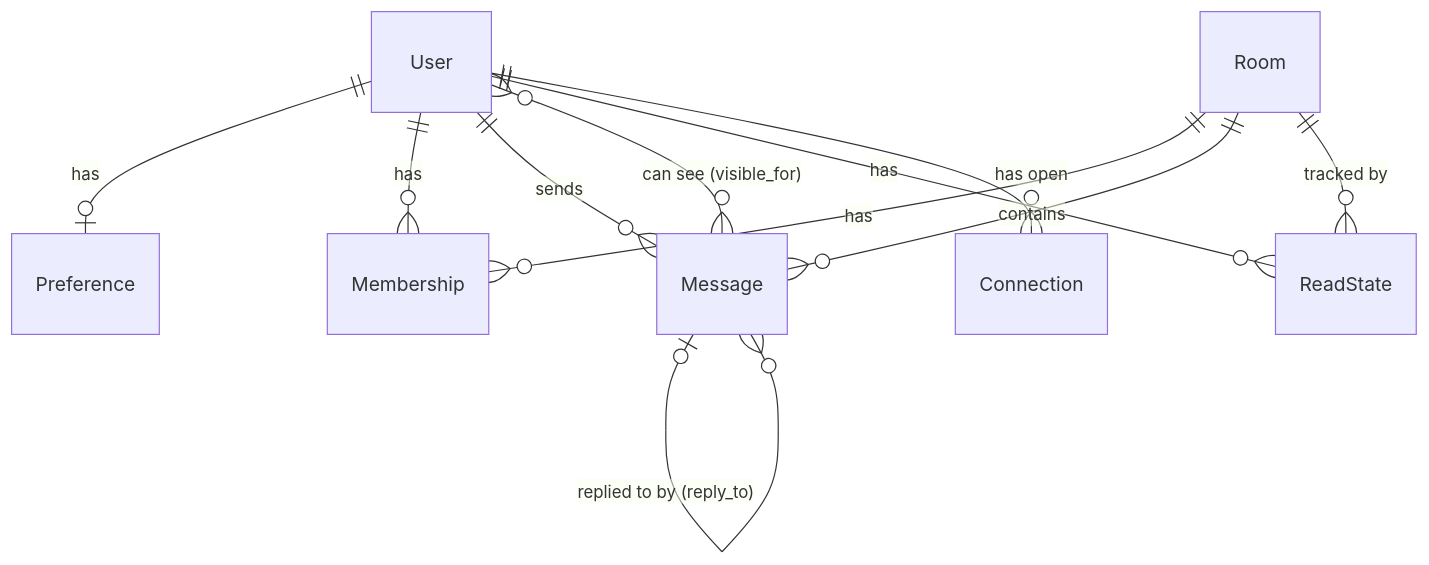
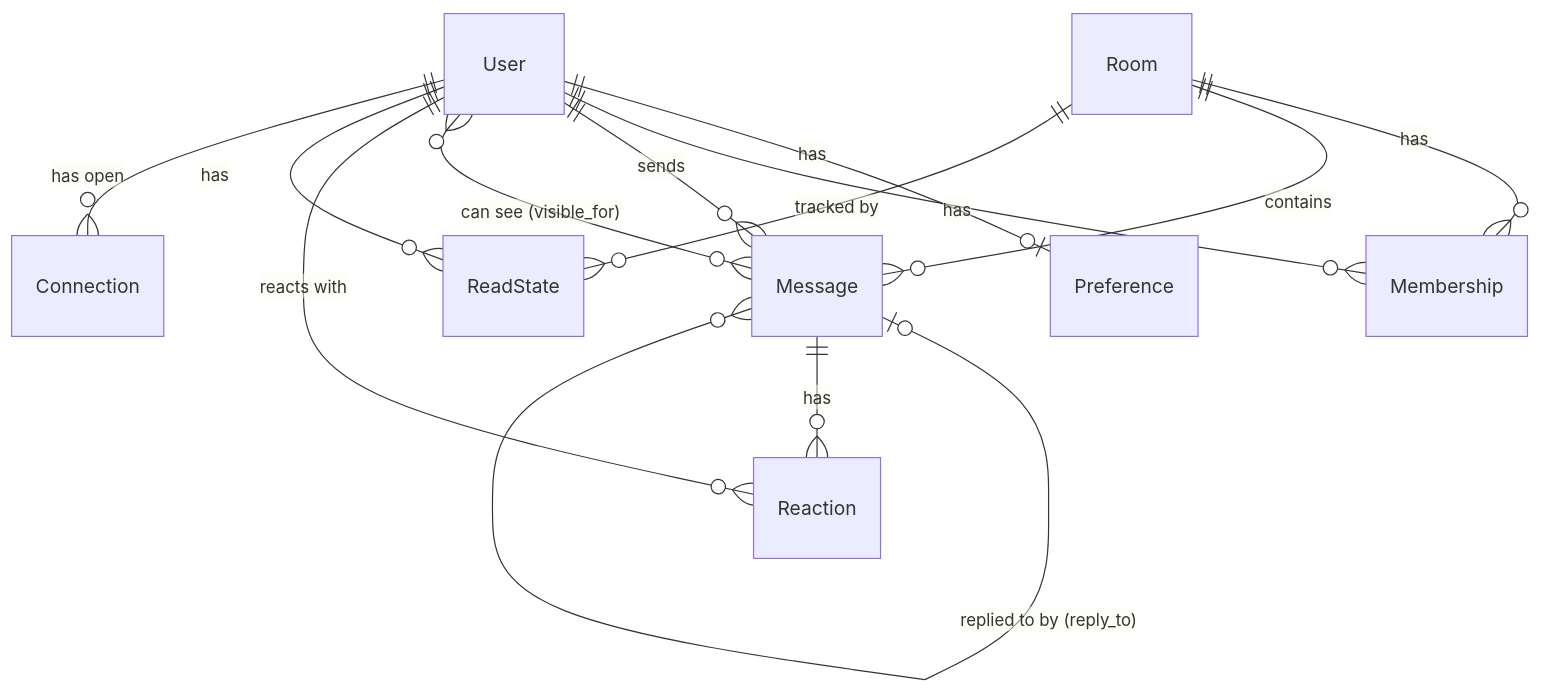
Before and after one commit to achuthvarghese/django-realtime-chat: the diagram in docs/data-model.md, drawn with Mermaid. The commit also changed other lines of this file and 10 other files, not shown here.

````diff
--- a/docs/data-model.md
+++ b/docs/data-model.md
@@ -3,13 +3,15 @@
 ```mermaid
 erDiagram
     User ||--o| Preference : "has"
     User ||--o{ Membership : "has"
     Room ||--o{ Membership : "has"
     Room ||--o{ Message : "contains"
     User ||--o{ Message : "sends"
     User }o--o{ Message : "can see (visible_for)"
     Message |o--o{ Message : "replied to by (reply_to)"
+    Message ||--o{ Reaction : "has"
+    User ||--o{ Reaction : "reacts with"
     User ||--o{ ReadState : "has"
     Room ||--o{ ReadState : "tracked by"
     User ||--o{ Connection : "has open"
 ```
````
